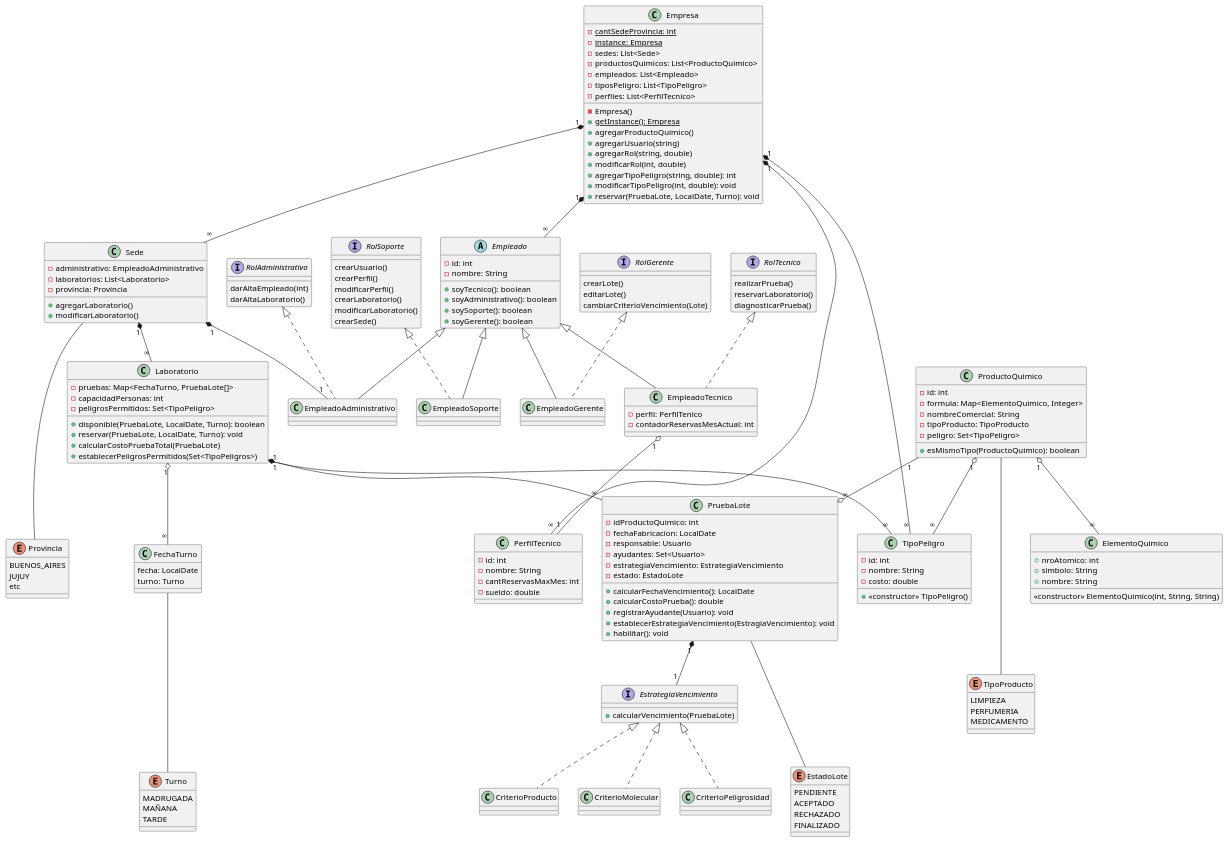
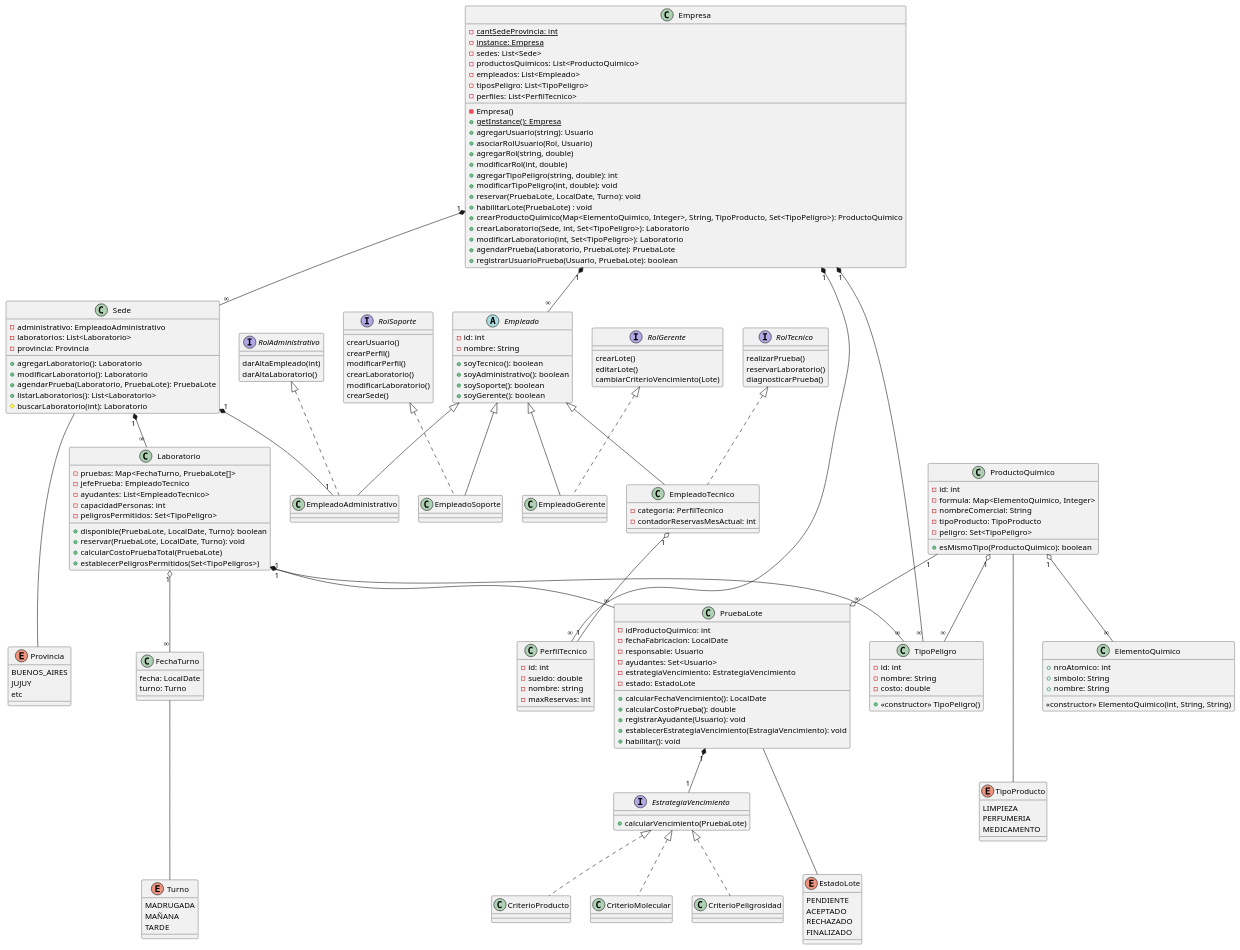
The diagram in diagramas/clases.plantuml (SrBigotones/UADE_TPO_OOP), drawn with PlantUML before and after one commit.

```diff
--- a/diagramas/clases.plantuml
+++ b/diagramas/clases.plantuml
@@ -10,13 +10,19 @@
   - tiposPeligro: List<TipoPeligro>
   - perfiles: List<PerfilTecnico>
   {static} + getInstance(): Empresa
-  + agregarProductoQuimico()
-  + agregarUsuario(string) /'nombre '/
+  + agregarUsuario(string): Usuario
+  + asociarRolUsuario(Rol, Usuario)
   + agregarRol(string, double) /'nombrePuesto, sueldo'/
   + modificarRol(int, double) /'idPuesto, sueldo'/
   + agregarTipoPeligro(string, double): int
   + modificarTipoPeligro(int, double): void
   + reservar(PruebaLote, LocalDate, Turno): void
+  + habilitarLote(PruebaLote) : void
+  + crearProductoQuimico(Map<ElementoQuimico, Integer>, String, TipoProducto, Set<TipoPeligro>): ProductoQuimico
+  + crearLaboratorio(Sede, int, Set<TipoPeligro>): Laboratorio
+  + modificarLaboratorio(int, Set<TipoPeligro>): Laboratorio
+  + agendarPrueba(Laboratorio, PruebaLote): PruebaLote
+  + registrarUsuarioPrueba(Usuario, PruebaLote): boolean
 }
 
 class Sede {
@@ -24,8 +30,11 @@
   - laboratorios: List<Laboratorio>
   - provincia: Provincia
 
-  + agregarLaboratorio()
-  + modificarLaboratorio()
+  + agregarLaboratorio(): Laboratorio
+  + modificarLaboratorio(): Laboratorio
+  + agendarPrueba(Laboratorio, PruebaLote): PruebaLote
+  + listarLaboratorios(): List<Laboratorio>
+  # buscarLaboratorio(int): Laboratorio
 }
 
 enum Provincia {
@@ -140,16 +149,15 @@
 class EmpleadoAdministrativo extends Empleado implements RolAdministrativo {}
 class EmpleadoGerente extends Empleado implements RolGerente {}
 class EmpleadoTecnico extends Empleado implements RolTecnico {
-  - perfil: PerfilTenico
+  - categoria: PerfilTecnico
   - contadorReservasMesActual: int
 }
 
-/'No entiendo que verga es esto'/
-class PerfilTecnico { 
+class PerfilTecnico {
   - id: int
-  - nombre: String
-  - cantReservasMaxMes: int
   - sueldo: double
+  - nombre: string
+  - maxReservas: int
 }
 
 ' Se puede reservar si: '
@@ -159,6 +167,8 @@
 ' - Tipo de producto compatible entre pruebas '
 class Laboratorio {
   - pruebas: Map<FechaTurno, PruebaLote[]>
+  - jefePrueba: EmpleadoTecnico
+  - ayudantes: List<EmpleadoTecnico>
   - capacidadPersonas: int
   - peligrosPermitidos: Set<TipoPeligro>
   'disponible devuelve true si hay una lugar disponible para una nueva prueba y,
```
